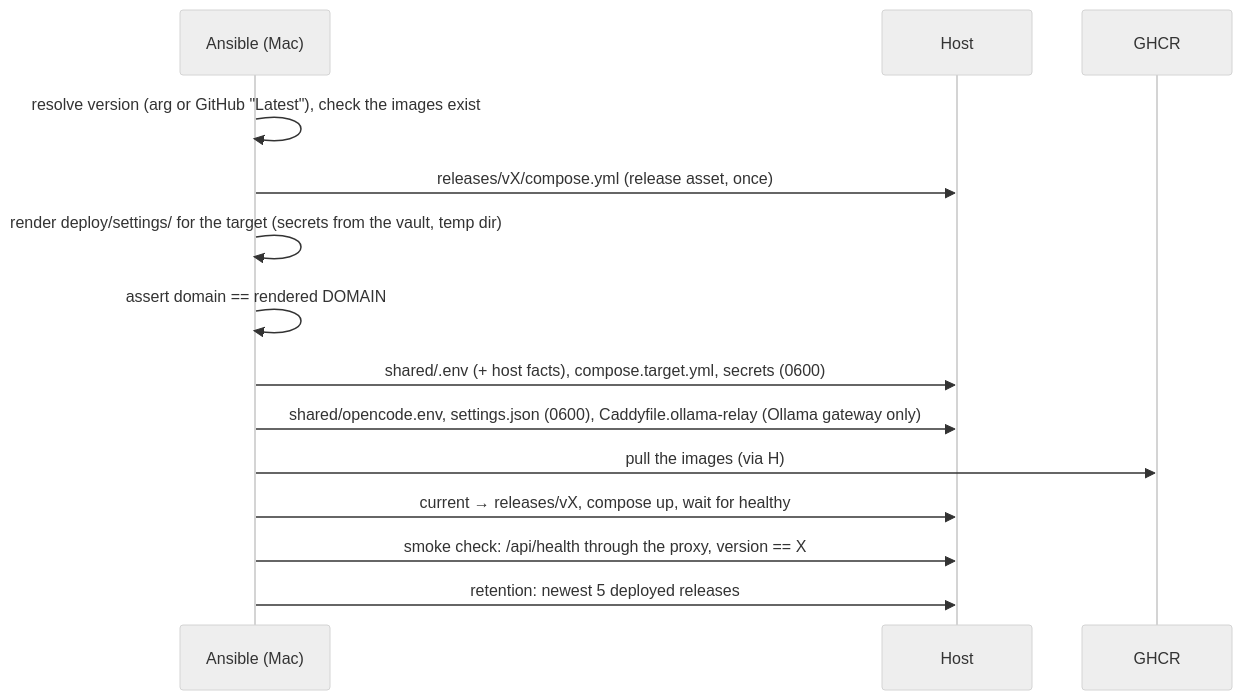
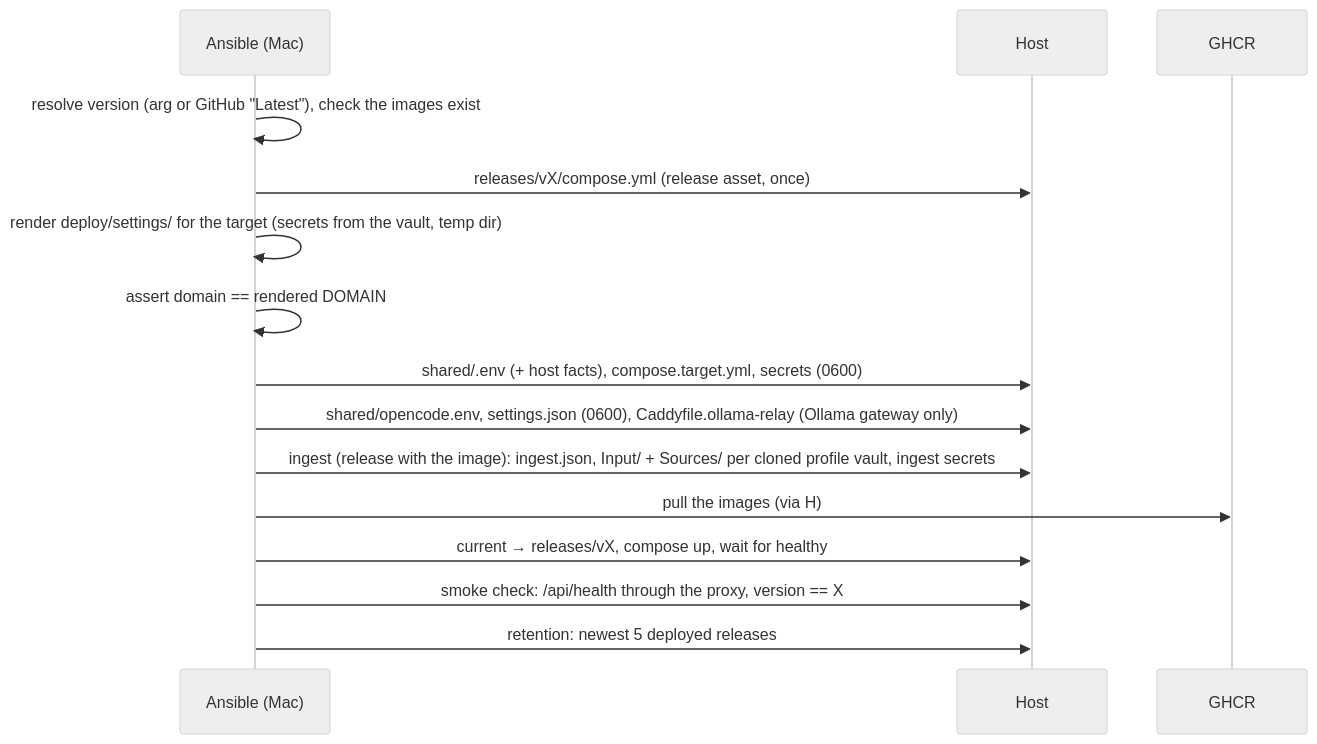
The second of 6 diagrams in specs/system/deployment.md (tillg/karpathy.app), drawn with Mermaid (neutral theme) before and after one commit. The commit also changed other lines of this file and 5 other files, not shown here.

````diff
--- a/specs/system/deployment.md
+++ b/specs/system/deployment.md
@@ -141,16 +151,17 @@
 ```mermaid
 sequenceDiagram
   participant A as Ansible (Mac)
   participant H as Host
   participant R as GHCR
   A->>A: resolve version (arg or GitHub "Latest"), check the images exist
   A->>H: releases/vX/compose.yml (release asset, once)
   A->>A: render deploy/settings/ for the target (secrets from the vault, temp dir)
   A->>A: assert domain == rendered DOMAIN
   A->>H: shared/.env (+ host facts), compose.target.yml, secrets (0600)
   A->>H: shared/opencode.env, settings.json (0600), Caddyfile.ollama-relay (Ollama gateway only)
+  A->>H: ingest (release with the image): ingest.json, Input/ + Sources/ per cloned profile vault, ingest secrets
   A->>R: pull the images (via H)
   A->>H: current → releases/vX, compose up, wait for healthy
   A->>H: smoke check: /api/health through the proxy, version == X
   A->>H: retention: newest 5 deployed releases
 ```
````
